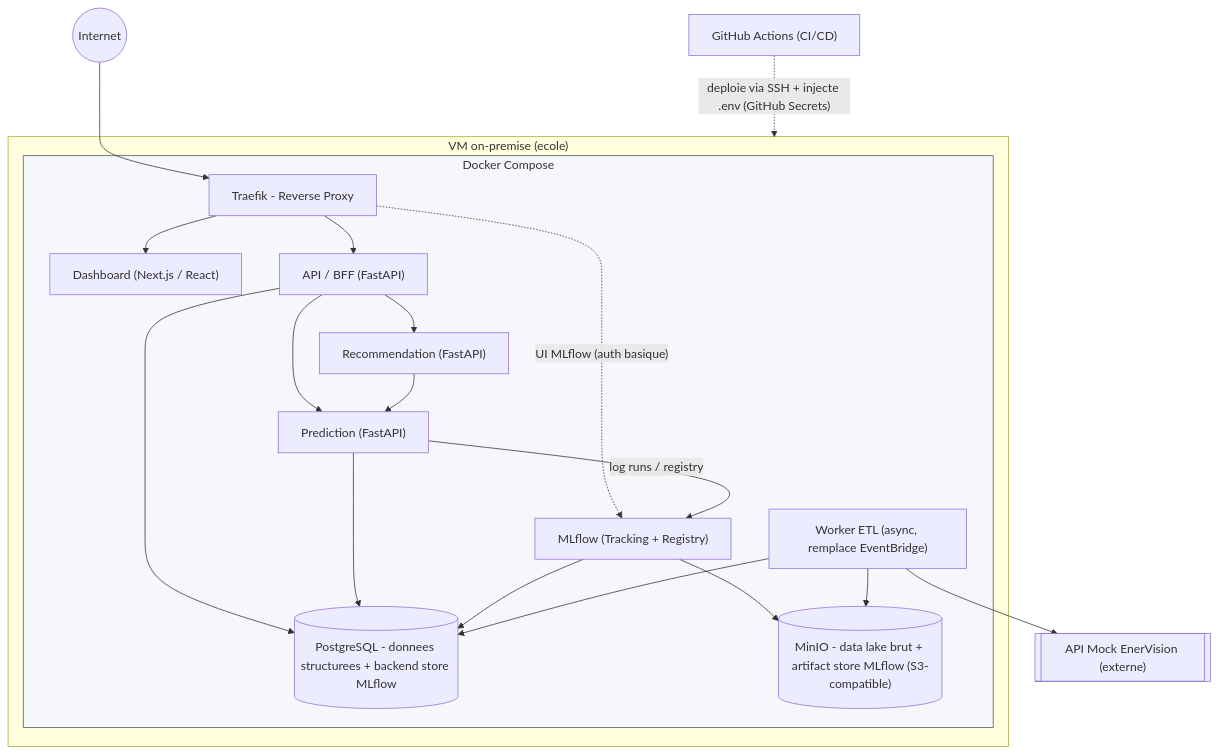
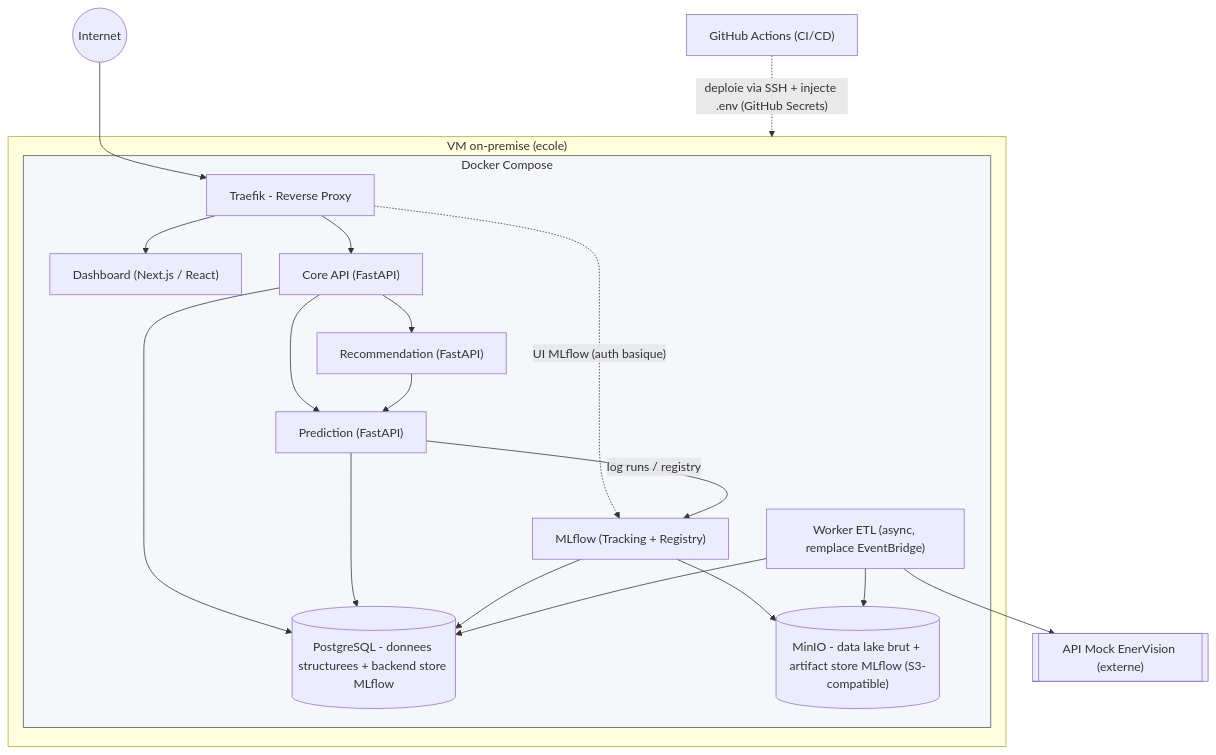
Before and after one commit to PetitPingu/EnerVision: the diagram in docs/archi_infra.md, drawn with Mermaid. The commit also changed other lines of this file and 13 other files, not shown here.

First line of the commit message:
docs: update architecture documentation and remove obsolete images

````diff
--- a/docs/archi_infra.md
+++ b/docs/archi_infra.md
@@ -23,39 +23,39 @@
 ```mermaid
 flowchart TB
     Internet((Internet))
     Mock[["API Mock EnerVision (externe)"]]
     CI["GitHub Actions (CI/CD)"]
  
     subgraph VM["VM on-premise (ecole)"]
         subgraph Net["Docker Compose"]
             RP["Traefik - Reverse Proxy"]
             Dash["Dashboard (Next.js / React)"]
-            API["API / BFF (FastAPI)"]
+            API["Core API (FastAPI)"]
             Pred["Prediction (FastAPI)"]
             Reco["Recommendation (FastAPI)"]
             Etl["Worker ETL (async, remplace EventBridge)"]
             MLflow["MLflow (Tracking + Registry)"]
             PG[("PostgreSQL - donnees structurees + backend store MLflow")]
             Minio[("MinIO - data lake brut + artifact store MLflow (S3-compatible)")]
         end
     end
  
     Internet --> RP
     RP --> Dash
     RP --> API
     RP -. "UI MLflow (auth basique)" .-> MLflow
     API --> Pred
     API --> Reco
     Reco --> Pred
     API --> PG
     Pred --> PG
     Pred -- "log runs / registry" --> MLflow
     MLflow --> PG
     MLflow --> Minio
     Etl --> PG
     Etl --> Minio
     Etl --> Mock
     CI -. "deploie via SSH + injecte .env (GitHub Secrets)" .-> VM
  
     style Net fill:#f5f7fa,stroke:#4a5568,stroke-width:1px
 ```
````
